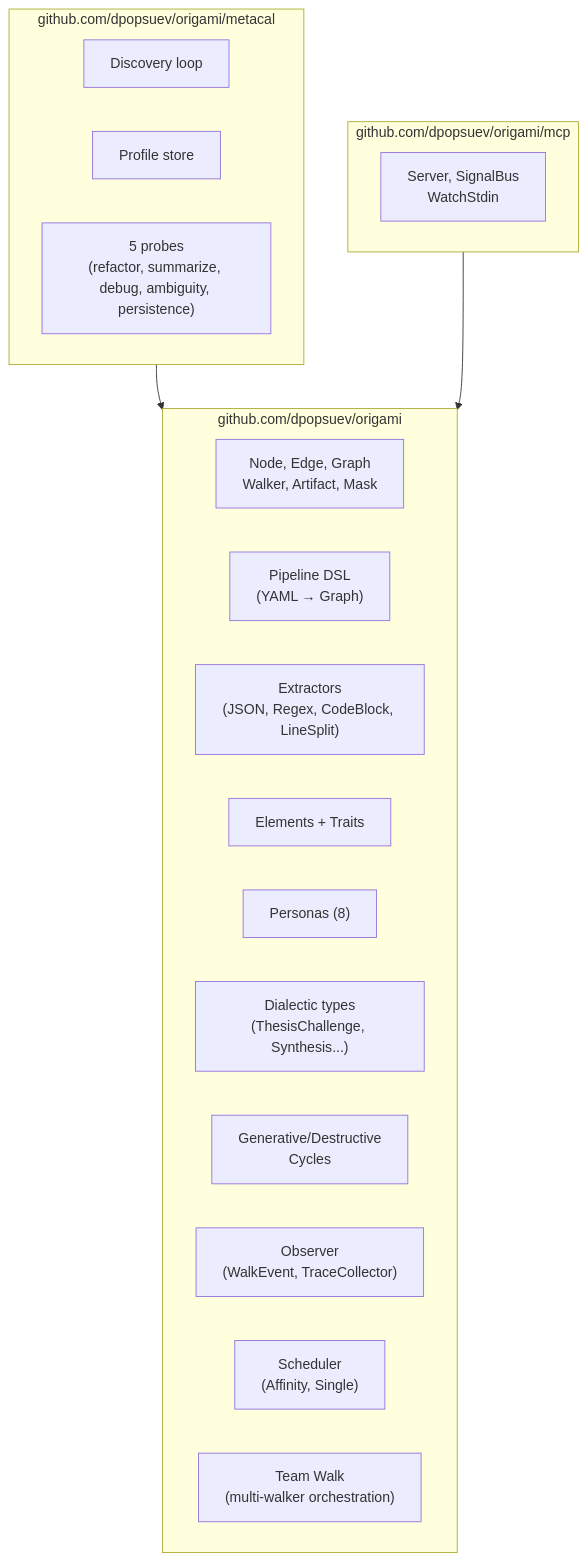
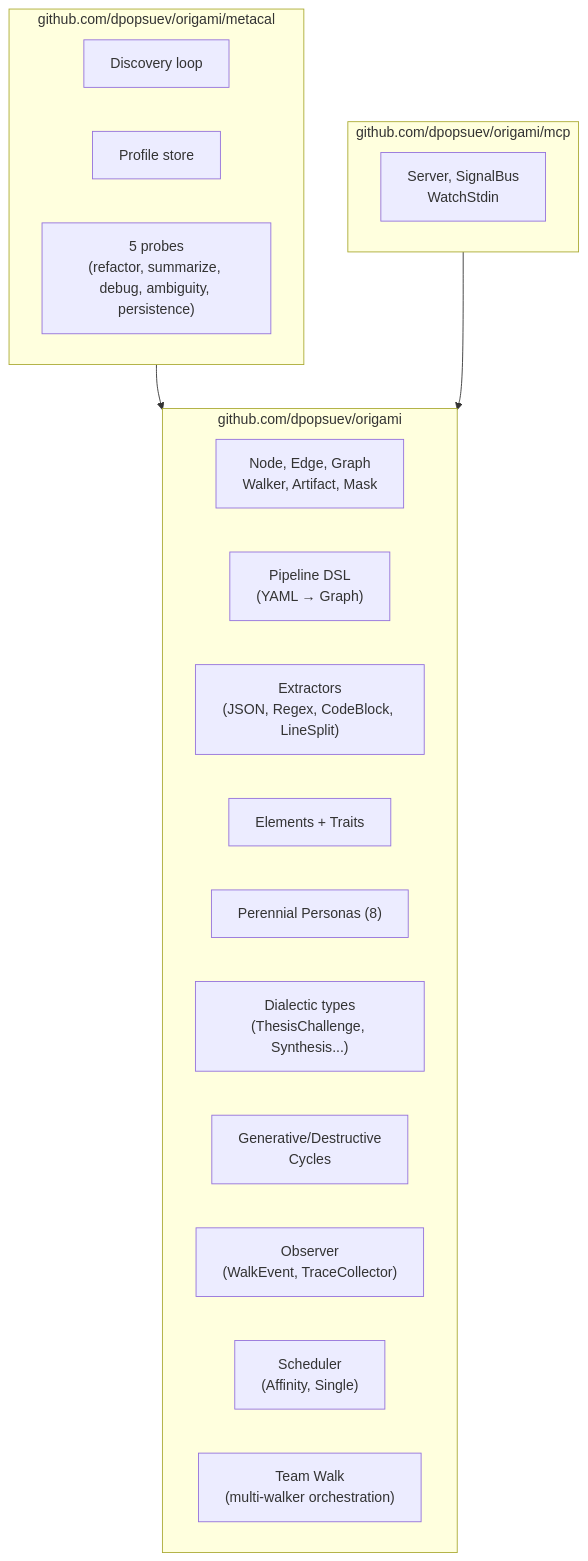
One commit to dpopsuev/origami changed the diagram in .cursor/docs/architecture.md. Above: the diagram before and after it, drawn with Mermaid. The commit also changed 6 other files, not shown here.

````diff
--- a/.cursor/docs/architecture.md
+++ b/.cursor/docs/architecture.md
@@ -9,28 +9,28 @@
 ```mermaid
 flowchart TD
     subgraph origami ["github.com/dpopsuev/origami"]
         Interfaces["Node, Edge, Graph\nWalker, Artifact, Mask"]
         DSL["Pipeline DSL\n(YAML → Graph)"]
         Extractors["Extractors\n(JSON, Regex, CodeBlock, LineSplit)"]
         Elements["Elements + Traits"]
-        Personas["Personas (8)"]
+        Personas["Perennial Personas (8)"]
         Dialectic["Dialectic types\n(ThesisChallenge, Synthesis...)"]
         Cycles["Generative/Destructive\nCycles"]
         Obs["Observer\n(WalkEvent, TraceCollector)"]
         Sched["Scheduler\n(Affinity, Single)"]
         TeamW["Team Walk\n(multi-walker orchestration)"]
     end
 
     subgraph mcp_pkg ["github.com/dpopsuev/origami/mcp"]
         MCPServer["Server, SignalBus\nWatchStdin"]
     end
 
     subgraph metacal_pkg ["github.com/dpopsuev/origami/metacal"]
         Discovery["Discovery loop"]
         Profiles["Profile store"]
         Probes["5 probes\n(refactor, summarize, debug, ambiguity, persistence)"]
     end
 
     metacal_pkg --> origami
     mcp_pkg --> origami
 ```
````
